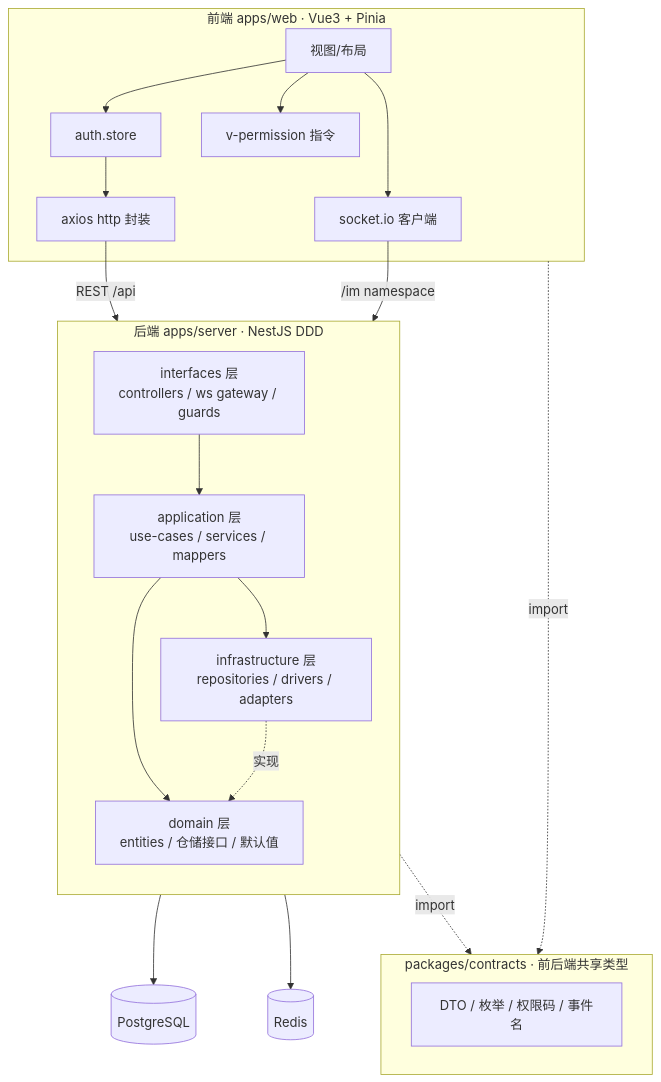
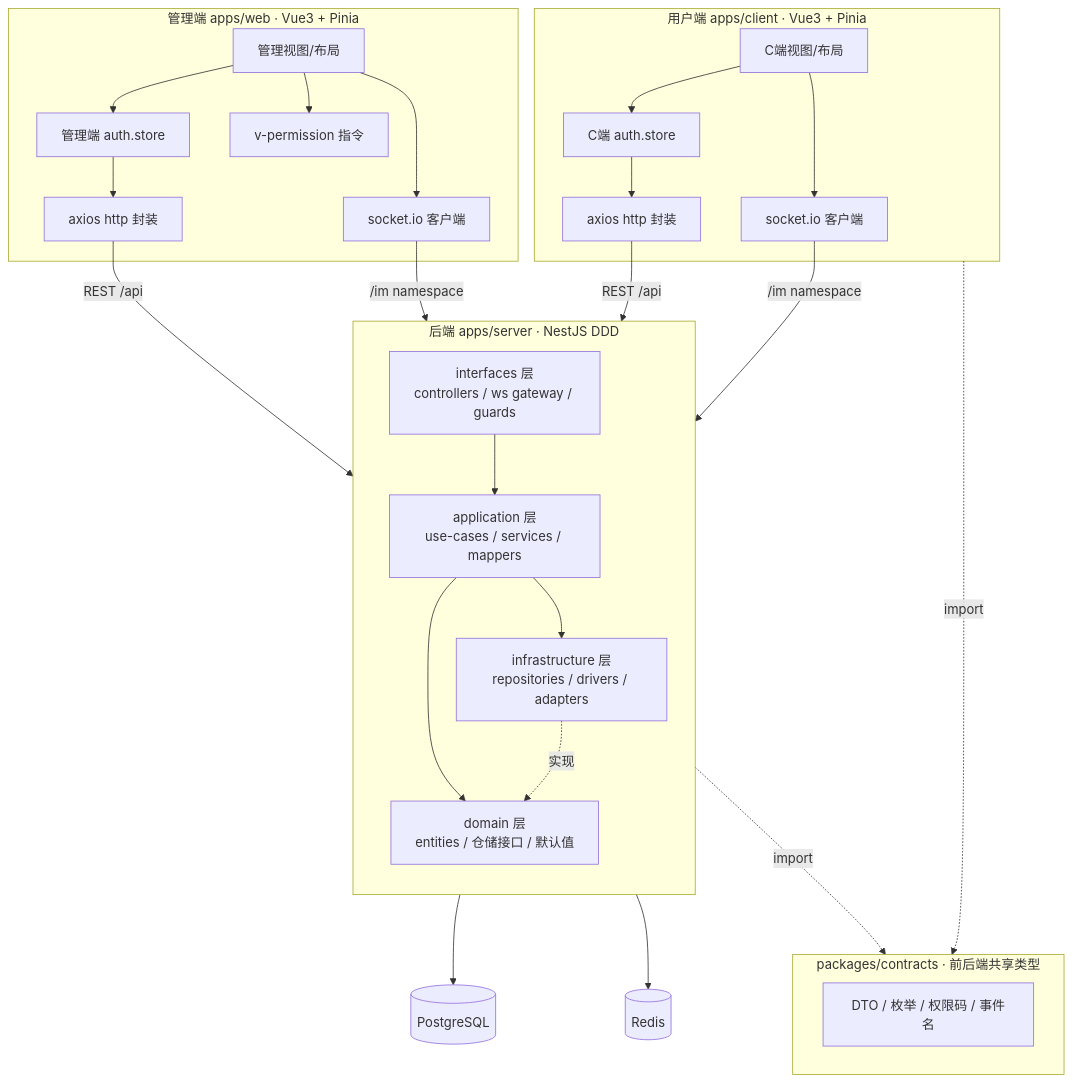
One commit to yiting001/E-sports-01 changed the diagram in docs/README.md. Above: the diagram before and after it, drawn with Mermaid. The commit also changed other lines of this file and 199 other files, not shown here.

````diff
--- a/docs/README.md
+++ b/docs/README.md
@@ -35,34 +36,41 @@
 ```mermaid
 flowchart TB
-  subgraph Client[前端 apps/web · Vue3 + Pinia]
-    UI[视图/布局] --> Store[auth.store]
-    UI --> Dir[v-permission 指令]
-    Store --> HTTP[axios http 封装]
-    UI --> WS[socket.io 客户端]
+  subgraph Web[管理端 apps/web · Vue3 + Pinia]
+    WebUI[管理视图/布局] --> WebStore[管理端 auth.store]
+    WebUI --> Dir[v-permission 指令]
+    WebStore --> WebHTTP[axios http 封装]
+    WebUI --> WebWS[socket.io 客户端]
+  end
+  subgraph Client[用户端 apps/client · Vue3 + Pinia]
+    ClientUI[C端视图/布局] --> ClientStore[C端 auth.store]
+    ClientStore --> ClientHTTP[axios http 封装]
+    ClientUI --> ClientWS[socket.io 客户端]
   end
 
   subgraph Contracts[packages/contracts · 前后端共享类型]
     DTO[DTO / 枚举 / 权限码 / 事件名]
   end
 
   subgraph Server[后端 apps/server · NestJS DDD]
     direction TB
     IF[interfaces 层<br/>controllers / ws gateway / guards]
     APP[application 层<br/>use-cases / services / mappers]
     DOM[domain 层<br/>entities / 仓储接口 / 默认值]
     INFRA[infrastructure 层<br/>repositories / drivers / adapters]
     IF --> APP --> DOM
     INFRA -.实现.-> DOM
     APP --> INFRA
   end
 
   PG[(PostgreSQL)]
   RD[(Redis)]
 
-  HTTP -->|REST /api| IF
-  WS -->|/im namespace| IF
+  WebHTTP -->|REST /api| IF
+  ClientHTTP -->|REST /api| IF
+  WebWS -->|/im namespace| IF
+  ClientWS -->|/im namespace| IF
   Client -. import .-> Contracts
   Server -. import .-> Contracts
   INFRA --> PG
   APP --> RD
 ```
````
